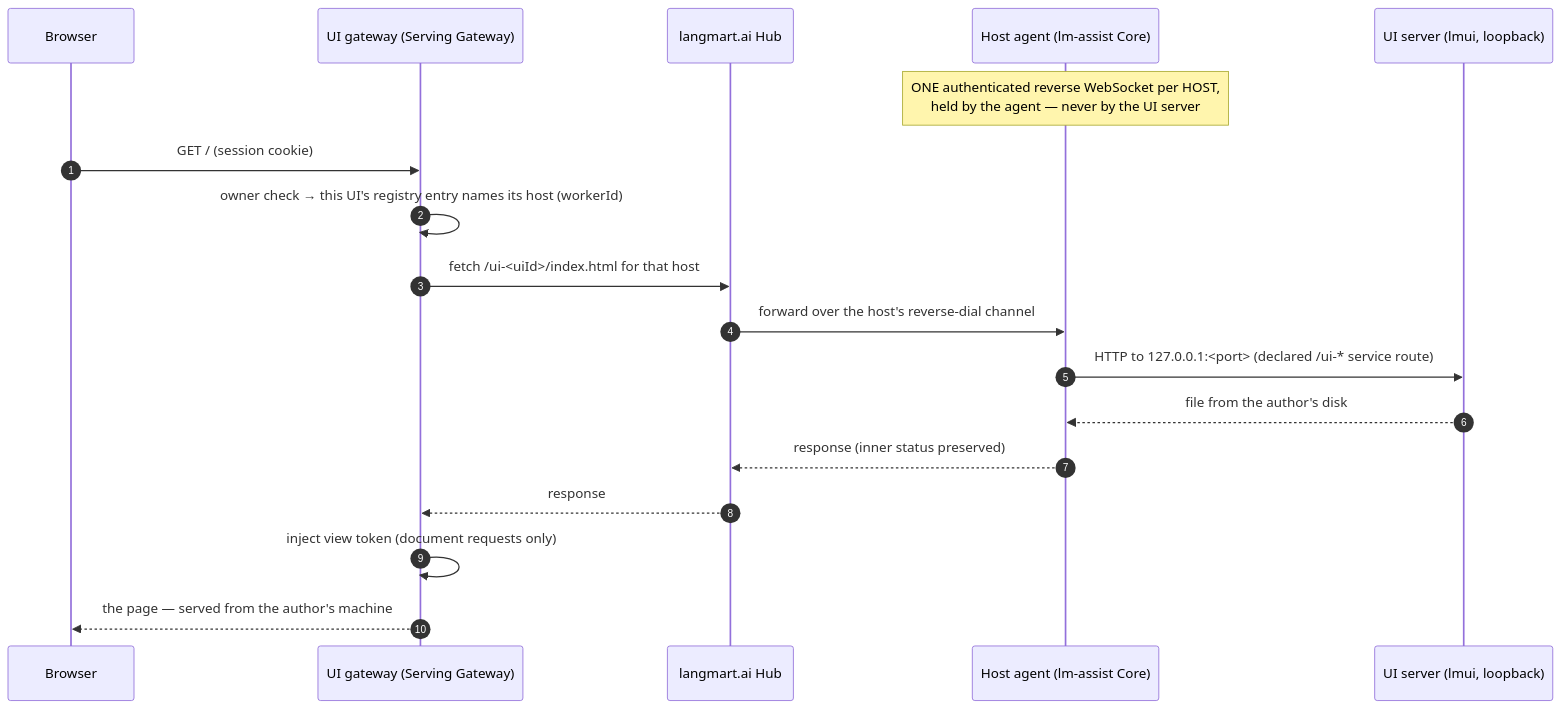
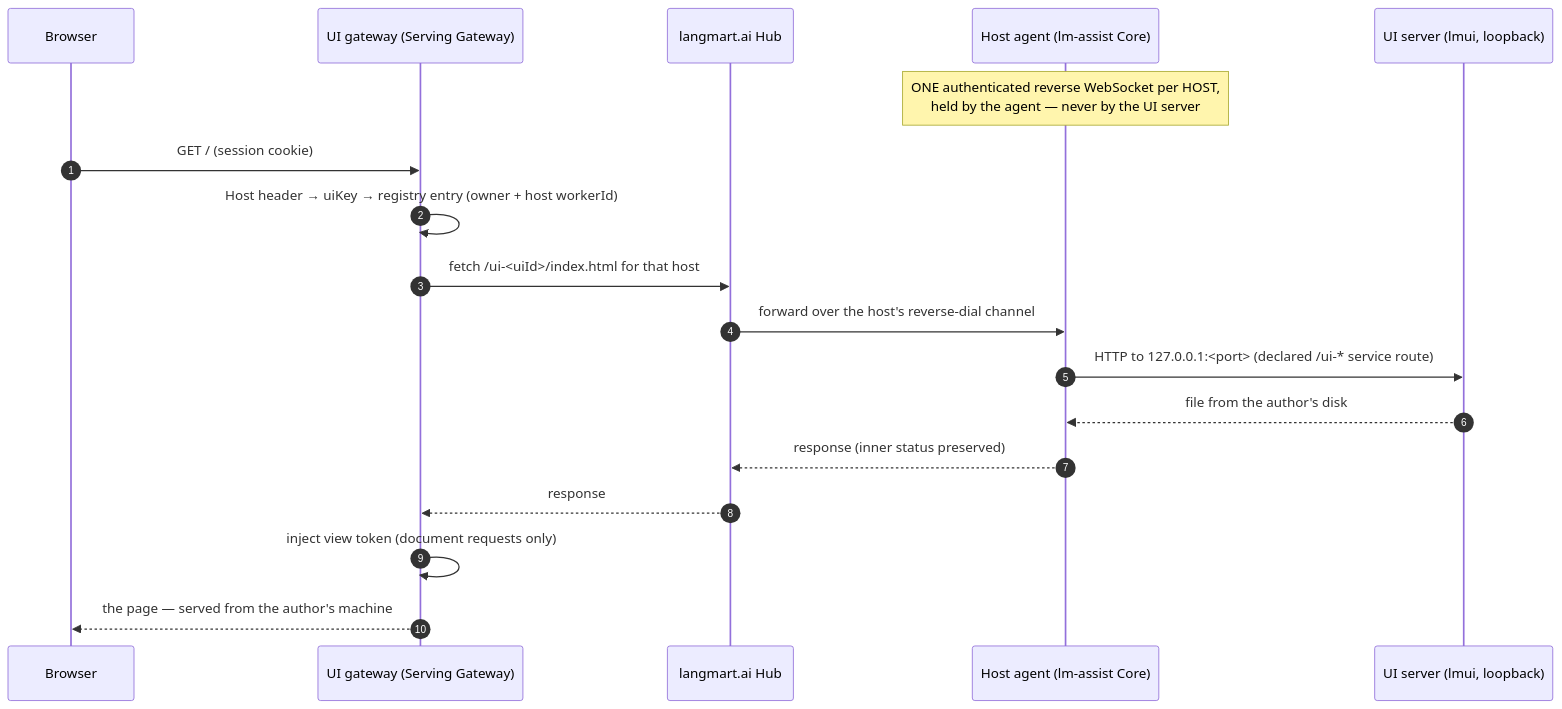
The fifth of 7 diagrams in ARCHITECTURE.md (langmartai/agentic-ui-spec), drawn with Mermaid before and after one commit. The commit also changed other lines of this file and 9 other files, not shown here.

````diff
--- a/ARCHITECTURE.md
+++ b/ARCHITECTURE.md
@@ -145,21 +145,21 @@
 ```mermaid
 sequenceDiagram
   autonumber
   participant B as Browser
   participant SG as UI gateway (Serving Gateway)
   participant HUB as langmart.ai Hub
   participant AG as Host agent (lm-assist Core)
   participant LS as UI server (lmui, loopback)
 
   Note over AG: ONE authenticated reverse WebSocket per HOST,<br/>held by the agent — never by the UI server
   B->>SG: GET / (session cookie)
-  SG->>SG: owner check → this UI's registry entry names its host (workerId)
+  SG->>SG: Host header → uiKey → registry entry (owner + host workerId)
   SG->>HUB: fetch /ui-<uiId>/index.html for that host
   HUB->>AG: forward over the host's reverse-dial channel
   AG->>LS: HTTP to 127.0.0.1:<port> (declared /ui-* service route)
   LS-->>AG: file from the author's disk
   AG-->>HUB: response (inner status preserved)
   HUB-->>SG: response
   SG->>SG: inject view token (document requests only)
   SG-->>B: the page — served from the author's machine
 ```
````
